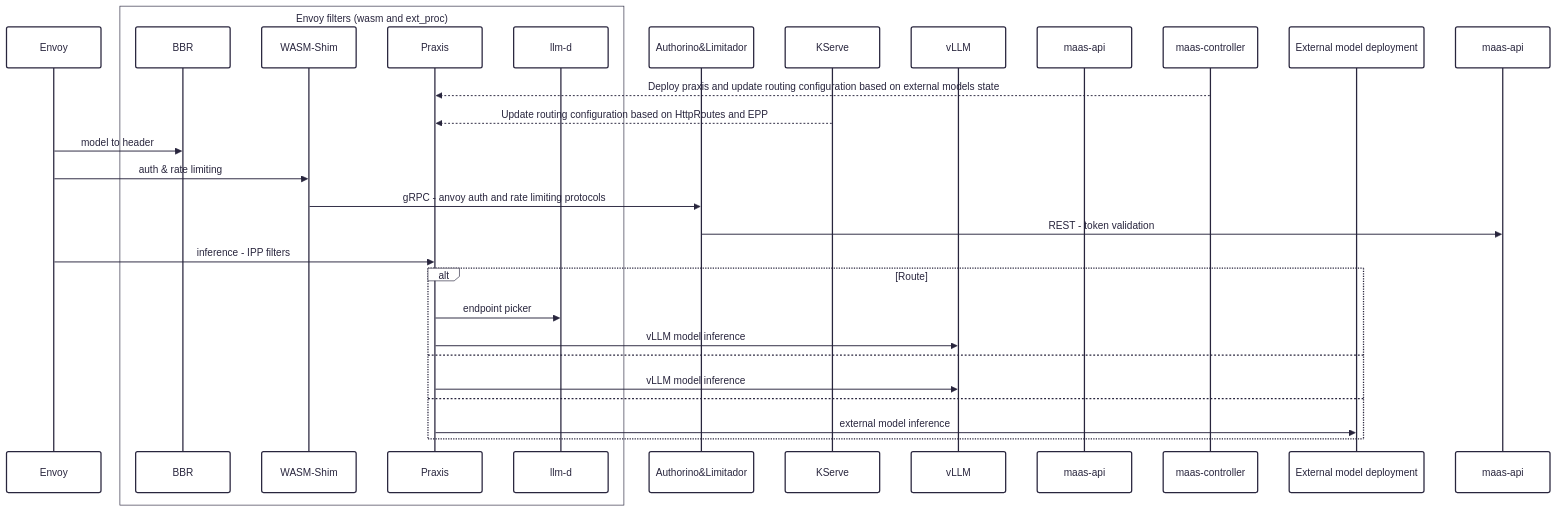
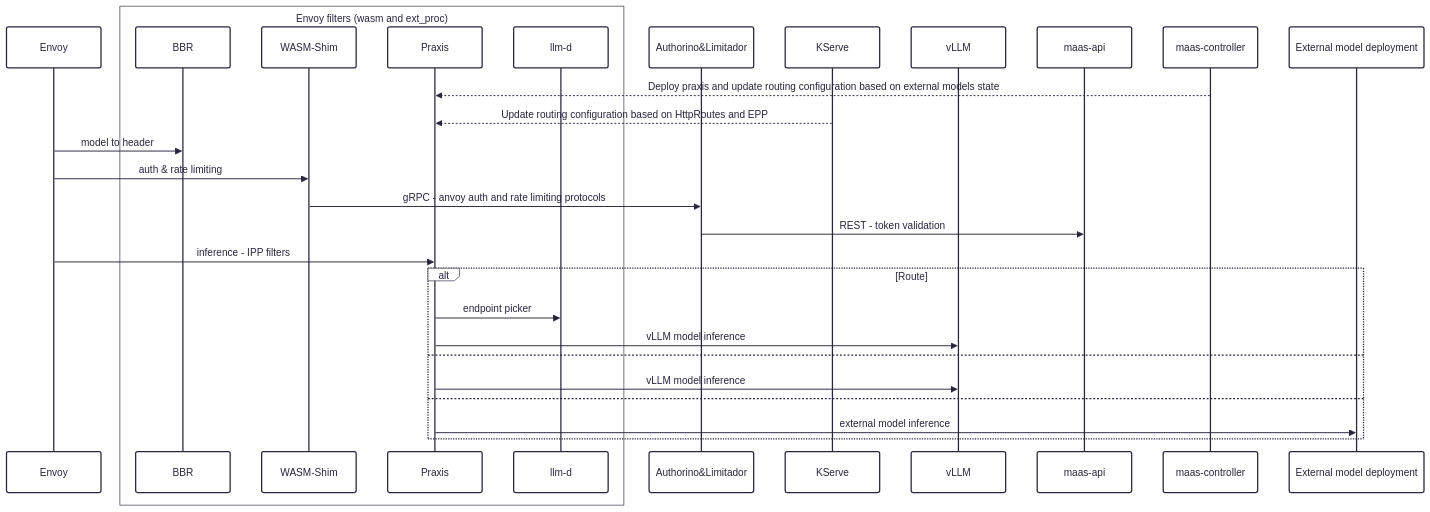
One commit to mariusdanciu/praxis-extproc changed the second of 2 diagrams in docs/proposals/ai-gateway 3.6 discussion.md. Above: the diagram before and after it, drawn with Mermaid.

Commit message:
doc: fix diagram

````diff
--- a/docs/proposals/ai-gateway 3.6 discussion.md
+++ b/docs/proposals/ai-gateway 3.6 discussion.md
@@ -55,38 +55,38 @@
 ```mermaid
 ---
 config:
   theme: redux
 ---
 sequenceDiagram
     participant envoy as Envoy
     box Envoy filters (wasm and ext_proc)
         participant BBR
         participant wasm as WASM-Shim
         participant praxis as Praxis
         participant llm-d
     end
     participant al as Authorino&Limitador
     participant kserve as KServe
     participant vLLM
     participant ma as maas-api
     participant mc as maas-controller
     participant em as External model deployment
 
     mc-->>praxis: Deploy praxis and update routing configuration based on external models state
     kserve-->>praxis: Update routing configuration based on HttpRoutes and EPP
     envoy->>BBR: model to header
     envoy->>wasm: auth & rate limiting
     wasm->>al: gRPC - anvoy auth and rate limiting protocols
-    al->>maas-api: REST - token validation 
+    al->>ma: REST - token validation 
     envoy->>praxis: inference - IPP filters
     alt Route
         praxis->>llm-d: endpoint picker
         praxis->>vLLM: vLLM model inference
     else 
         praxis->>vLLM: vLLM model inference
     else
         praxis->>em: external model inference
     end
 
  
 ```
````
